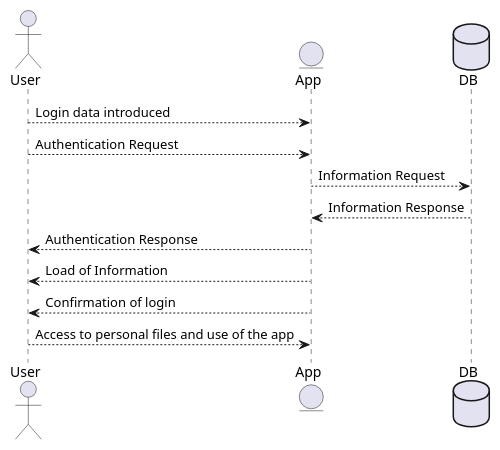
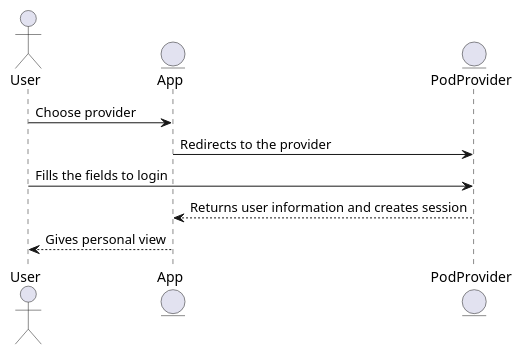
Before and after one commit to Arquisoft/lomap_es4a: the first of 3 diagrams in docs/06_runtime_view.adoc, drawn with PlantUML. The commit also changed other lines of this file, not shown here.

```diff
--- a/docs/06_runtime_view.adoc
+++ b/docs/06_runtime_view.adoc
@@ -36,14 +36,11 @@
 [plantuml,"Sequence diagram1",png]
 ----
 actor User
 entity App
-database Pod as "DB"
-User--> App: Login data introduced
-User --> App: Authentication Request
-App --> Pod: Information Request
-Pod -->App: Information Response
-App --> User: Authentication Response
-App --> User: Load of Information
-App --> User: Confirmation of login
-User --> App: Access to personal files and use of the app
+entity PodProvider
+User -> App: Choose provider
+App ->PodProvider: Redirects to the provider
+User -> PodProvider: Fills the fields to login
+PodProvider --> App: Returns user information and creates session
+App--> User: Gives personal view
 ----
```
